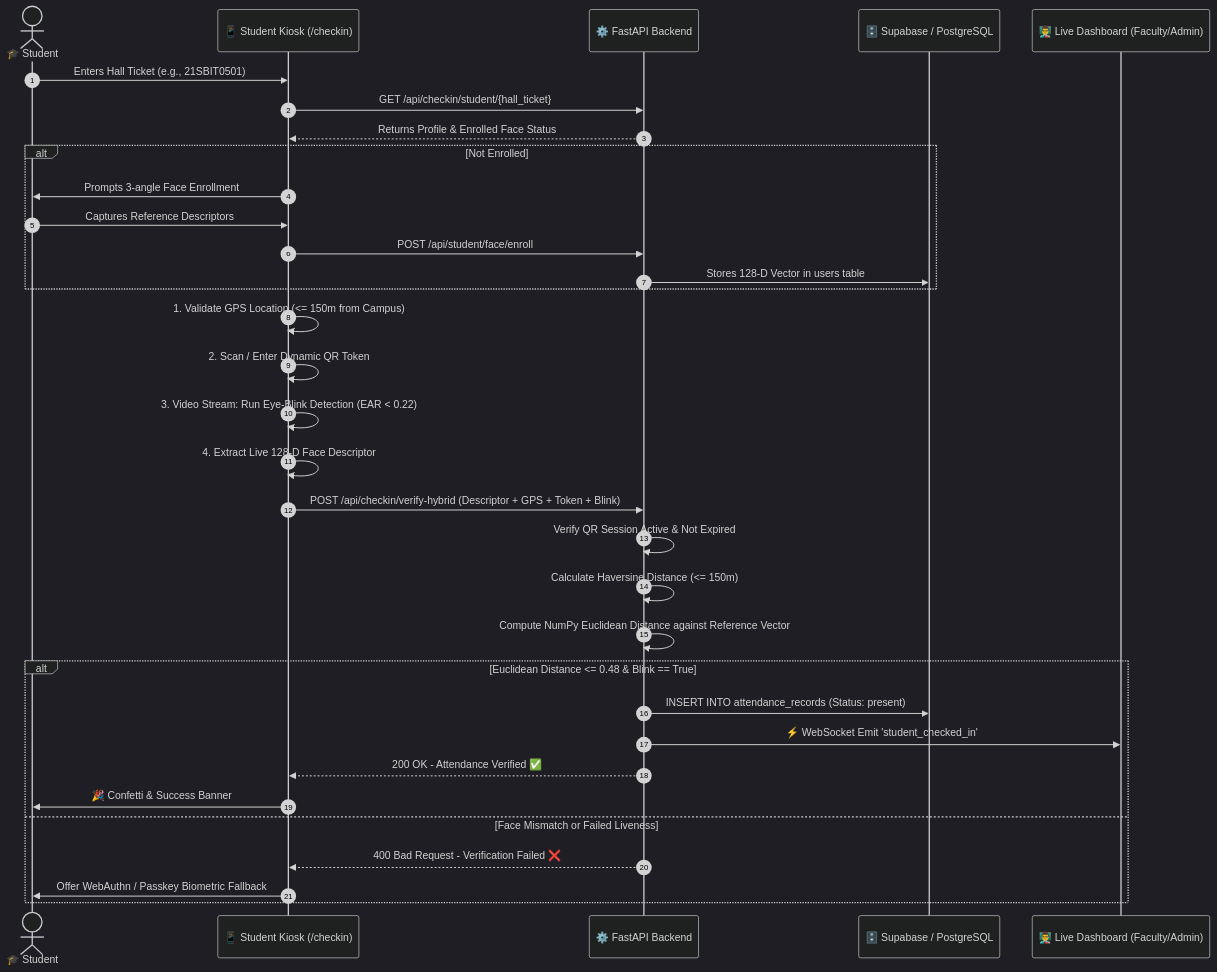
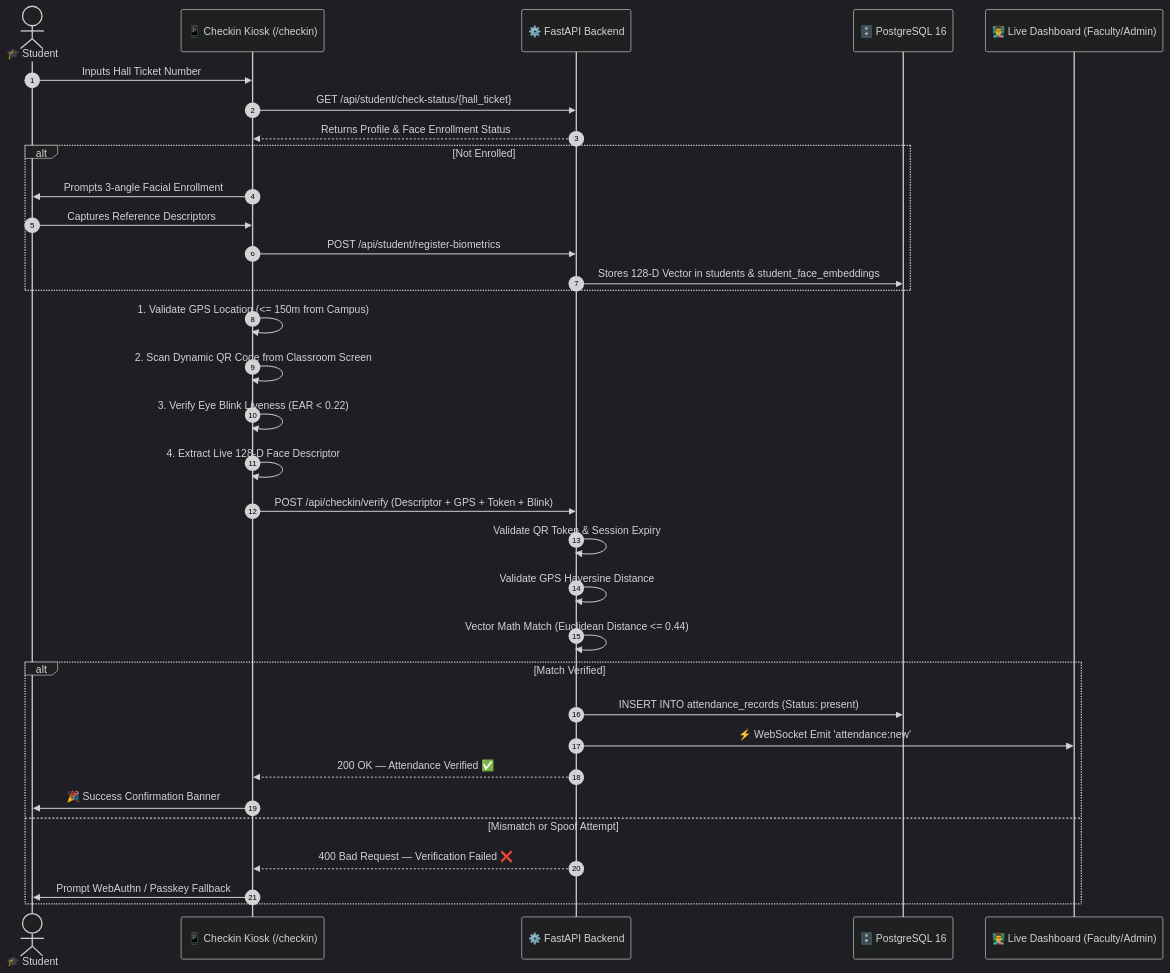
The second of 3 diagrams in README.md (srikruthikapilla/smartattend-ai), drawn with Mermaid (dark theme) before and after one commit. The commit also changed other lines of this file and 33 other files, not shown here.

````diff
--- a/README.md
+++ b/README.md
@@ -125,40 +130,40 @@
 ```mermaid
 sequenceDiagram
     autonumber
     actor Student as 🎓 Student
-    participant UI as 📱 Student Kiosk (/checkin)
+    participant Kiosk as 📱 Checkin Kiosk (/checkin)
     participant API as ⚙️ FastAPI Backend
-    participant DB as 🗄️ Supabase / PostgreSQL
+    participant DB as 🗄️ PostgreSQL 16
     participant Staff as 👨‍🏫 Live Dashboard (Faculty/Admin)
 
-    Student->>UI: Enters Hall Ticket (e.g., 21SBIT0501)
-    UI->>API: GET /api/checkin/student/{hall_ticket}
-    API-->>UI: Returns Profile & Enrolled Face Status
+    Student->>Kiosk: Inputs Hall Ticket Number
+    Kiosk->>API: GET /api/student/check-status/{hall_ticket}
+    API-->>Kiosk: Returns Profile & Face Enrollment Status
 
     alt Not Enrolled
-        UI->>Student: Prompts 3-angle Face Enrollment
-        Student->>UI: Captures Reference Descriptors
-        UI->>API: POST /api/student/face/enroll
-        API->>DB: Stores 128-D Vector in users table
+        Kiosk->>Student: Prompts 3-angle Facial Enrollment
+        Student->>Kiosk: Captures Reference Descriptors
+        Kiosk->>API: POST /api/student/register-biometrics
+        API->>DB: Stores 128-D Vector in students & student_face_embeddings
     end
 
-    UI->>UI: 1. Validate GPS Location (<= 150m from Campus)
-    UI->>UI: 2. Scan / Enter Dynamic QR Token
-    UI->>UI: 3. Video Stream: Run Eye-Blink Detection (EAR < 0.22)
-    UI->>UI: 4. Extract Live 128-D Face Descriptor
+    Kiosk->>Kiosk: 1. Validate GPS Location (<= 150m from Campus)
+    Kiosk->>Kiosk: 2. Scan Dynamic QR Code from Classroom Screen
+    Kiosk->>Kiosk: 3. Verify Eye Blink Liveness (EAR < 0.22)
+    Kiosk->>Kiosk: 4. Extract Live 128-D Face Descriptor
 
-    UI->>API: POST /api/checkin/verify-hybrid (Descriptor + GPS + Token + Blink)
-    API->>API: Verify QR Session Active & Not Expired
-    API->>API: Calculate Haversine Distance (<= 150m)
-    API->>API: Compute NumPy Euclidean Distance against Reference Vector
+    Kiosk->>API: POST /api/checkin/verify (Descriptor + GPS + Token + Blink)
+    API->>API: Validate QR Token & Session Expiry
+    API->>API: Validate GPS Haversine Distance
+    API->>API: Vector Math Match (Euclidean Distance <= 0.44)
     
-    alt Euclidean Distance <= 0.48 & Blink == True
+    alt Match Verified
         API->>DB: INSERT INTO attendance_records (Status: present)
-        API->>Staff: ⚡ WebSocket Emit 'student_checked_in'
-        API-->>UI: 200 OK - Attendance Verified ✅
-        UI->>Student: 🎉 Confetti & Success Banner
-    else Face Mismatch or Failed Liveness
-        API-->>UI: 400 Bad Request - Verification Failed ❌
-        UI->>Student: Offer WebAuthn / Passkey Biometric Fallback
+        API->>Staff: ⚡ WebSocket Emit 'attendance:new'
+        API-->>Kiosk: 200 OK — Attendance Verified ✅
+        Kiosk->>Student: 🎉 Success Confirmation Banner
+    else Mismatch or Spoof Attempt
+        API-->>Kiosk: 400 Bad Request — Verification Failed ❌
+        Kiosk->>Student: Prompt WebAuthn / Passkey Fallback
     end
 ```
````
